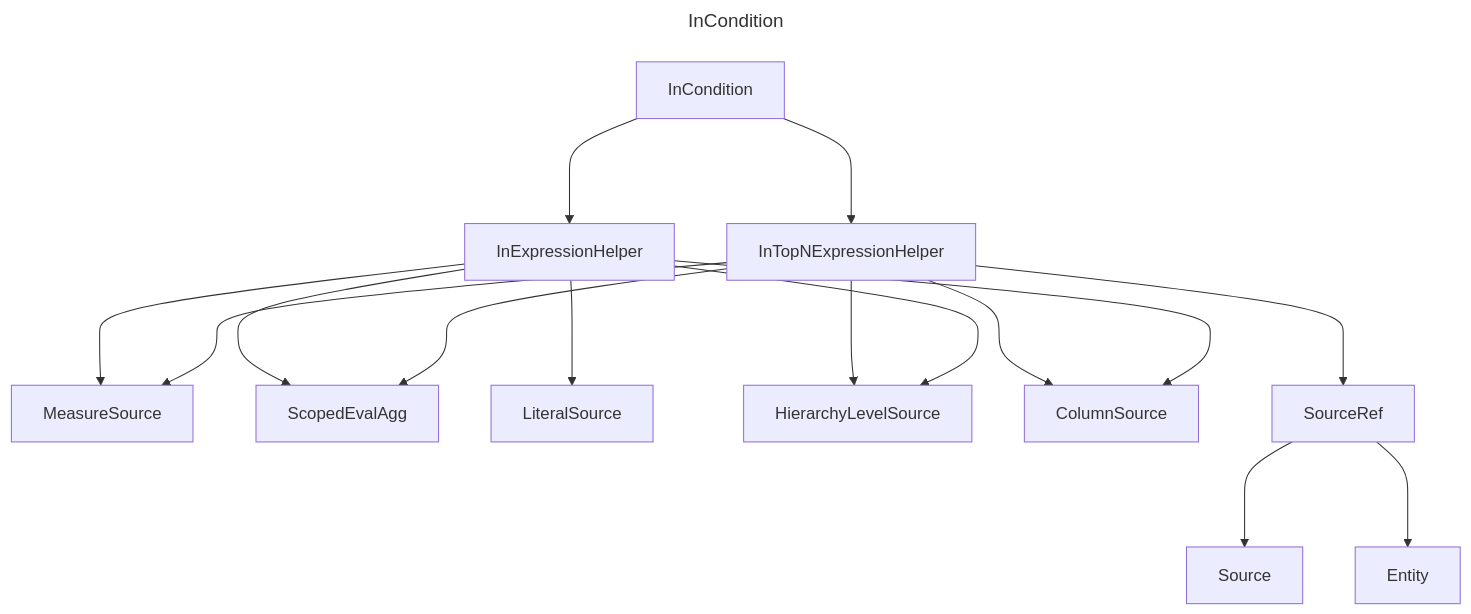
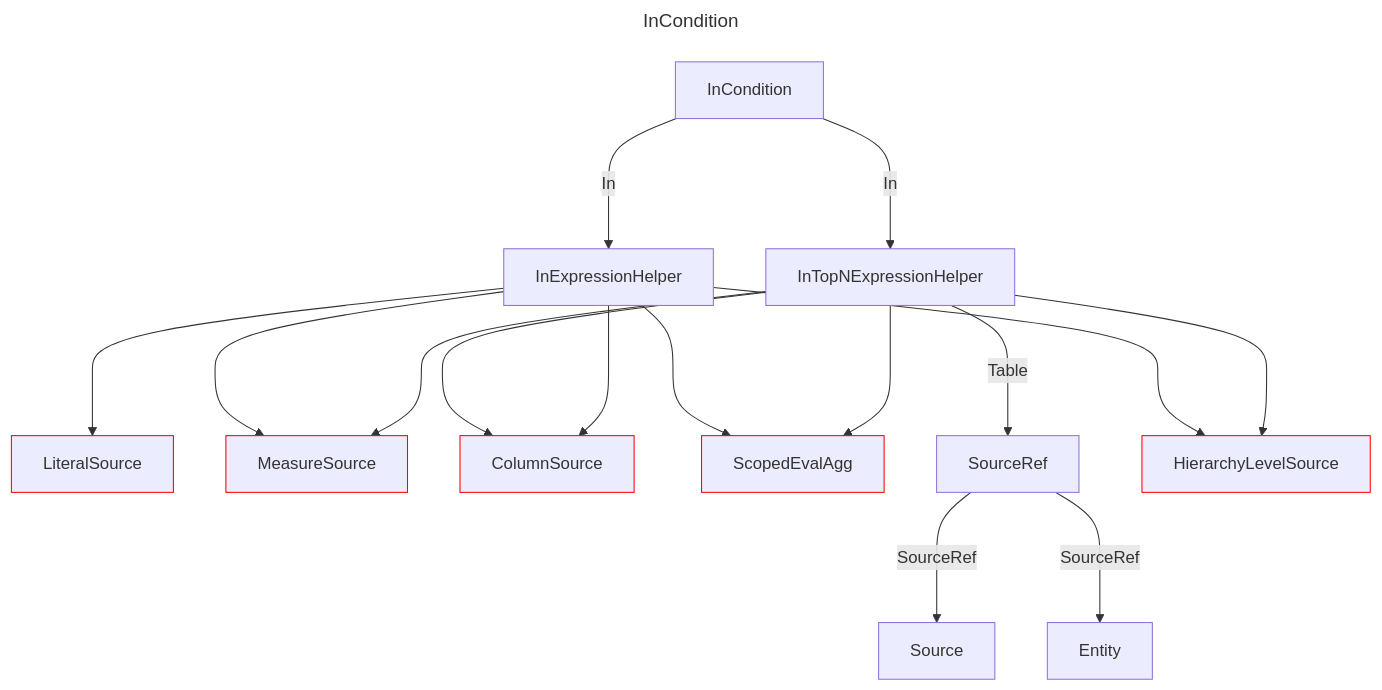
Before and after one commit to douglassimonsen/pbi_core: the diagram in docs/docs/layout/erd/InCondition.md, drawn with Mermaid. The commit also changed 77 other files, not shown here.

Commit message:
Updated to color code the layout ERD

````diff
--- a/docs/docs/layout/erd/InCondition.md
+++ b/docs/docs/layout/erd/InCondition.md
@@ -1,31 +1,36 @@
 ```mermaid
 ---
 title: InCondition
 ---
 graph 
-2721642009152["MeasureSource"]
-2721642007200["ScopedEvalAgg"]
-2721641985728["Entity"]
-2721642083328["InCondition"]
-2721642022816["LiteralSource"]
-2721642012080["HierarchyLevelSource"]
-2721642014032["ColumnSource"]
-2721642056000["InTopNExpressionHelper"]
-2721642000368["SourceRef"]
-2721642054048["InExpressionHelper"]
-2721641982800["Source"]
-2721642056000 ---> 2721642014032
-2721642056000 ---> 2721642012080
-2721642056000 ---> 2721642000368
-2721642054048 ---> 2721642009152
-2721642083328 ---> 2721642054048
-2721642083328 ---> 2721642056000
-2721642056000 ---> 2721642009152
-2721642054048 ---> 2721642014032
-2721642054048 ---> 2721642007200
-2721642000368 ---> 2721641982800
-2721642000368 ---> 2721641985728
-2721642054048 ---> 2721642012080
-2721642056000 ---> 2721642007200
-2721642054048 ---> 2721642022816
+2430071816784["LiteralSource"]
+style 2430071816784 stroke:#ff0000,stroke-width:1px
+2430071861680["InTopNExpressionHelper"]
+2430071353136["Entity"]
+2430071359968["MeasureSource"]
+style 2430071359968 stroke:#ff0000,stroke-width:1px
+2430071365824["ColumnSource"]
+style 2430071365824 stroke:#ff0000,stroke-width:1px
+2430071835328["InExpressionHelper"]
+2430071371680["ScopedEvalAgg"]
+style 2430071371680 stroke:#ff0000,stroke-width:1px
+2430071355088["SourceRef"]
+2430071344352["Source"]
+2430071363872["HierarchyLevelSource"]
+style 2430071363872 stroke:#ff0000,stroke-width:1px
+2430071854848["InCondition"]
+2430071835328 ---> 2430071365824
+2430071861680 ---> 2430071365824
+2430071854848 --->|In| 2430071861680
+2430071854848 --->|In| 2430071835328
+2430071861680 ---> 2430071359968
+2430071835328 ---> 2430071359968
+2430071861680 ---> 2430071371680
+2430071835328 ---> 2430071371680
+2430071355088 --->|SourceRef| 2430071344352
+2430071835328 ---> 2430071816784
+2430071861680 --->|Table| 2430071355088
+2430071861680 ---> 2430071363872
+2430071355088 --->|SourceRef| 2430071353136
+2430071835328 ---> 2430071363872
 ```
````
